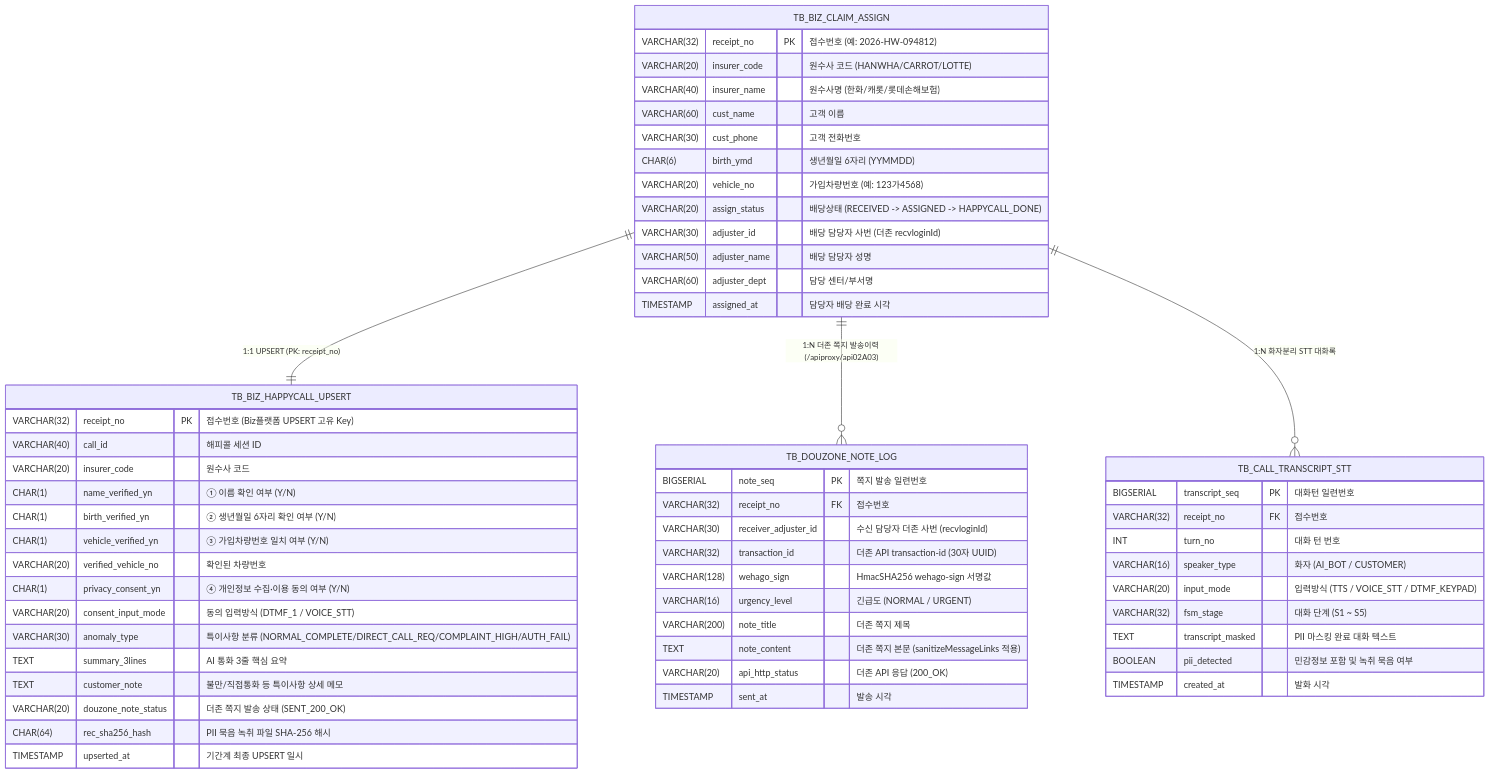
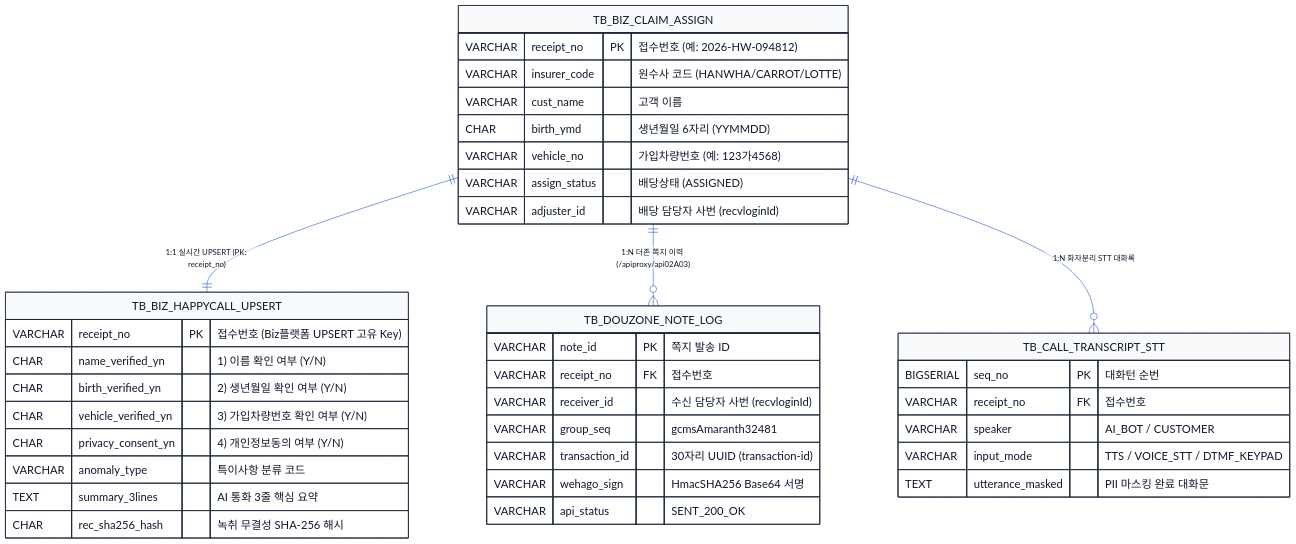
The fourth of 4 diagrams in dist/docs/02_응용프로그램_설계도면.md (herosonsa1/AI_HappyCall), drawn with Mermaid before and after one commit. The commit also changed other lines of this file and 8 other files, not shown here.

Commit message:
style(docs): enlarge table and Mermaid diagram font sizes (20px-22px) and optimize vertical layout across all .md deliverables

````diff
--- a/dist/docs/02_응용프로그램_설계도면.md
+++ b/dist/docs/02_응용프로그램_설계도면.md
@@ -238,64 +266,60 @@
 ```mermaid
+%%{init: {
+  'theme': 'base',
+  'themeVariables': {
+    'fontSize': '20px',
+    'fontFamily': 'Pretendard, Malgun Gothic, sans-serif',
+    'primaryColor': '#f8fafc',
+    'primaryTextColor': '#0f172a',
+    'primaryBorderColor': '#1e293b',
+    'lineColor': '#1d4ed8'
+  },
+  'er': {
+    'fontSize': 20,
+    'layoutDirection': 'TB'
+  }
+}}%%
 erDiagram
-    TB_BIZ_CLAIM_ASSIGN ||--|| TB_BIZ_HAPPYCALL_UPSERT : "1:1 UPSERT (PK: receipt_no)"
-    TB_BIZ_CLAIM_ASSIGN ||--o{ TB_DOUZONE_NOTE_LOG : "1:N 더존 쪽지 발송이력 (/apiproxy/api02A03)"
+    TB_BIZ_CLAIM_ASSIGN ||--|| TB_BIZ_HAPPYCALL_UPSERT : "1:1 실시간 UPSERT (PK: receipt_no)"
+    TB_BIZ_CLAIM_ASSIGN ||--o{ TB_DOUZONE_NOTE_LOG : "1:N 더존 쪽지 이력 (/apiproxy/api02A03)"
     TB_BIZ_CLAIM_ASSIGN ||--o{ TB_CALL_TRANSCRIPT_STT : "1:N 화자분리 STT 대화록"
 
     TB_BIZ_CLAIM_ASSIGN {
-        VARCHAR(32) receipt_no PK "접수번호 (예: 2026-HW-094812)"
-        VARCHAR(20) insurer_code "원수사 코드 (HANWHA/CARROT/LOTTE)"
-        VARCHAR(40) insurer_name "원수사명 (한화/캐롯/롯데손해보험)"
-        VARCHAR(60) cust_name "고객 이름"
-        VARCHAR(30) cust_phone "고객 전화번호"
-        CHAR(6) birth_ymd "생년월일 6자리 (YYMMDD)"
-        VARCHAR(20) vehicle_no "가입차량번호 (예: 123가4568)"
-        VARCHAR(20) assign_status "배당상태 (RECEIVED -> ASSIGNED -> HAPPYCALL_DONE)"
-        VARCHAR(30) adjuster_id "배당 담당자 사번 (더존 recvloginId)"
-        VARCHAR(50) adjuster_name "배당 담당자 성명"
-        VARCHAR(60) adjuster_dept "담당 센터/부서명"
-        TIMESTAMP assigned_at "담당자 배당 완료 시각"
+        VARCHAR receipt_no PK "접수번호 (예: 2026-HW-094812)"
+        VARCHAR insurer_code "원수사 코드 (HANWHA/CARROT/LOTTE)"
+        VARCHAR cust_name "고객 이름"
+        CHAR birth_ymd "생년월일 6자리 (YYMMDD)"
+        VARCHAR vehicle_no "가입차량번호 (예: 123가4568)"
+        VARCHAR assign_status "배당상태 (ASSIGNED)"
+        VARCHAR adjuster_id "배당 담당자 사번 (recvloginId)"
     }
 
     TB_BIZ_HAPPYCALL_UPSERT {
-        VARCHAR(32) receipt_no PK "접수번호 (Biz플랫폼 UPSERT 고유 Key)"
-        VARCHAR(40) call_id "해피콜 세션 ID"
-        VARCHAR(20) insurer_code "원수사 코드"
-        CHAR(1) name_verified_yn "① 이름 확인 여부 (Y/N)"
-        CHAR(1) birth_verified_yn "② 생년월일 6자리 확인 여부 (Y/N)"
-        CHAR(1) vehicle_verified_yn "③ 가입차량번호 일치 여부 (Y/N)"
-        VARCHAR(20) verified_vehicle_no "확인된 차량번호"
-        CHAR(1) privacy_consent_yn "④ 개인정보 수집·이용 동의 여부 (Y/N)"
-        VARCHAR(20) consent_input_mode "동의 입력방식 (DTMF_1 / VOICE_STT)"
-        VARCHAR(30) anomaly_type "특이사항 분류 (NORMAL_COMPLETE/DIRECT_CALL_REQ/COMPLAINT_HIGH/AUTH_FAIL)"
+        VARCHAR receipt_no PK "접수번호 (Biz플랫폼 UPSERT 고유 Key)"
+        CHAR name_verified_yn "1) 이름 확인 여부 (Y/N)"
+        CHAR birth_verified_yn "2) 생년월일 확인 여부 (Y/N)"
+        CHAR vehicle_verified_yn "3) 가입차량번호 확인 여부 (Y/N)"
+        CHAR privacy_consent_yn "4) 개인정보동의 여부 (Y/N)"
+        VARCHAR anomaly_type "특이사항 분류 코드"
         TEXT summary_3lines "AI 통화 3줄 핵심 요약"
-        TEXT customer_note "불만/직접통화 등 특이사항 상세 메모"
-        VARCHAR(20) douzone_note_status "더존 쪽지 발송 상태 (SENT_200_OK)"
-        CHAR(64) rec_sha256_hash "PII 묵음 녹취 파일 SHA-256 해시"
-        TIMESTAMP upserted_at "기간계 최종 UPSERT 일시"
+        CHAR rec_sha256_hash "녹취 무결성 SHA-256 해시"
     }
 
     TB_DOUZONE_NOTE_LOG {
-        BIGSERIAL note_seq PK "쪽지 발송 일련번호"
-        VARCHAR(32) receipt_no FK "접수번호"
-        VARCHAR(30) receiver_adjuster_id "수신 담당자 더존 사번 (recvloginId)"
-        VARCHAR(32) transaction_id "더존 API transaction-id (30자 UUID)"
-        VARCHAR(128) wehago_sign "HmacSHA256 wehago-sign 서명값"
-        VARCHAR(16) urgency_level "긴급도 (NORMAL / URGENT)"
-        VARCHAR(200) note_title "더존 쪽지 제목"
-        TEXT note_content "더존 쪽지 본문 (sanitizeMessageLinks 적용)"
-        VARCHAR(20) api_http_status "더존 API 응답 (200_OK)"
-        TIMESTAMP sent_at "발송 시각"
+        VARCHAR note_id PK "쪽지 발송 ID"
+        VARCHAR receipt_no FK "접수번호"
+        VARCHAR receiver_id "수신 담당자 사번 (recvloginId)"
+        VARCHAR group_seq "gcmsAmaranth32481"
+        VARCHAR transaction_id "30자리 UUID (transaction-id)"
+        VARCHAR wehago_sign "HmacSHA256 Base64 서명"
+        VARCHAR api_status "SENT_200_OK"
     }
 
     TB_CALL_TRANSCRIPT_STT {
-        BIGSERIAL transcript_seq PK "대화턴 일련번호"
-        VARCHAR(32) receipt_no FK "접수번호"
-        INT turn_no "대화 턴 번호"
-        VARCHAR(16) speaker_type "화자 (AI_BOT / CUSTOMER)"
-        VARCHAR(20) input_mode "입력방식 (TTS / VOICE_STT / DTMF_KEYPAD)"
-        VARCHAR(32) fsm_stage "대화 단계 (S1 ~ S5)"
-        TEXT transcript_masked "PII 마스킹 완료 대화 텍스트"
-        BOOLEAN pii_detected "민감정보 포함 및 녹취 묵음 여부"
-        TIMESTAMP created_at "발화 시각"
+        BIGSERIAL seq_no PK "대화턴 순번"
+        VARCHAR receipt_no FK "접수번호"
+        VARCHAR speaker "AI_BOT / CUSTOMER"
+        VARCHAR input_mode "TTS / VOICE_STT / DTMF_KEYPAD"
+        TEXT utterance_masked "PII 마스킹 완료 대화문"
     }
 ```
````
